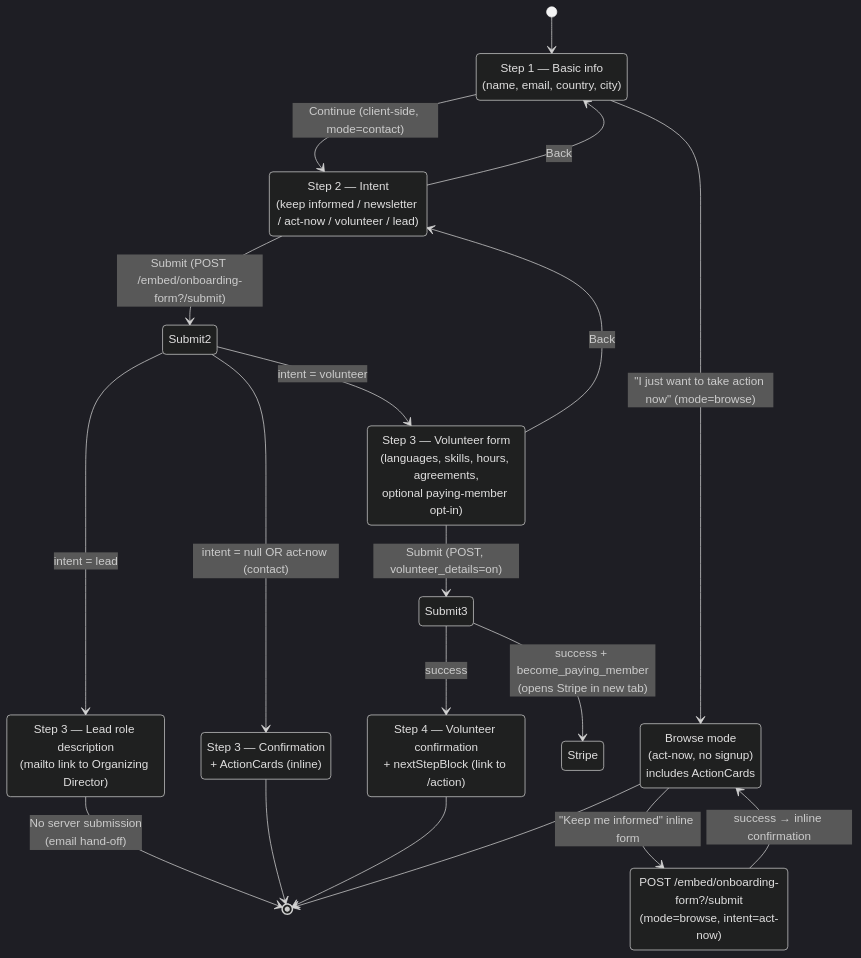
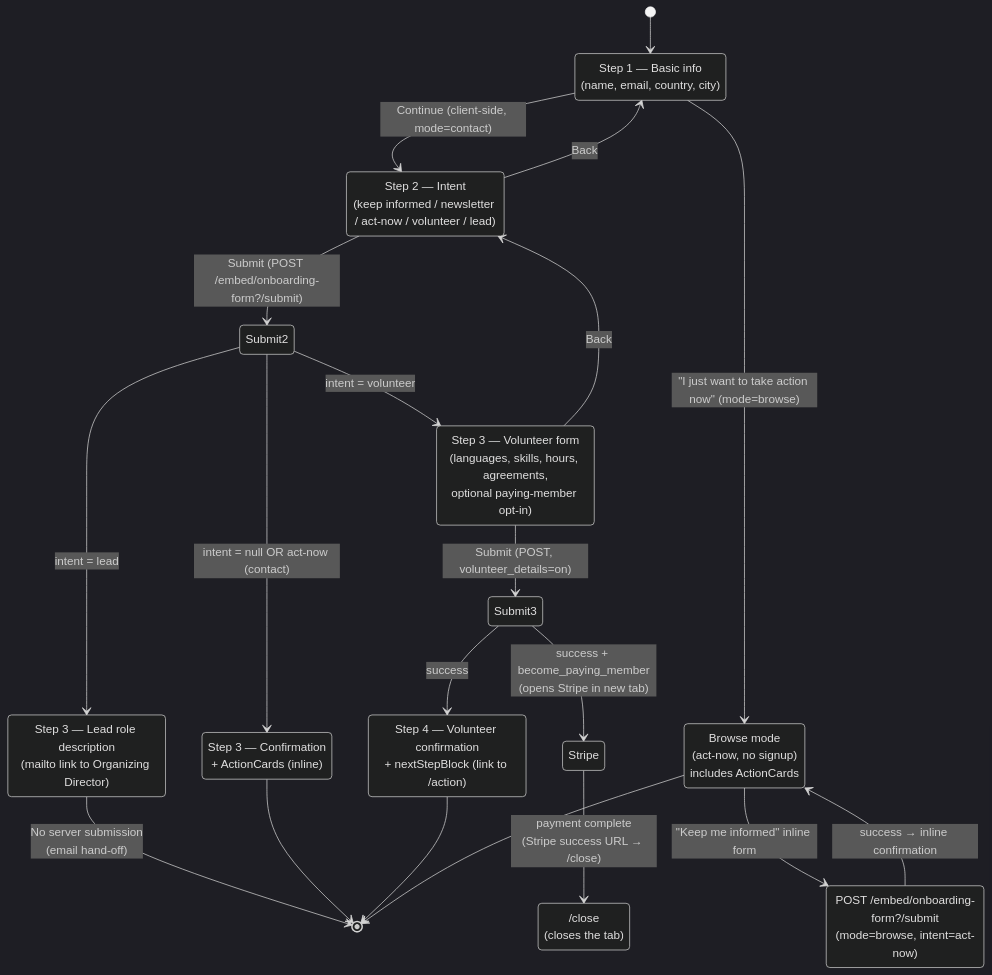
The second of 2 diagrams in docs/join-form-flow.md (PauseAI/pauseai-website), drawn with Mermaid (dark theme) before and after one commit. The commit also changed other lines of this file, not shown here.

Commit message:
Add Stripe and /close to the state diagram and submission flowchart

````diff
--- a/docs/join-form-flow.md
+++ b/docs/join-form-flow.md
@@ -153,34 +155,36 @@
 ```mermaid
 stateDiagram-v2
     [*] --> Step1
     Step1: Step 1 — Basic info<br/>(name, email, country, city)
     Step1 --> Step2: Continue (client-side, mode=contact)
     Step1 --> Browse: "I just want to take action now" (mode=browse)
     Browse: Browse mode<br/>(act-now, no signup)<br/>includes ActionCards
 
     Step2: Step 2 — Intent<br/>(keep informed / newsletter / act-now / volunteer / lead)
     Step2 --> Step1: Back
     Step2 --> Submit2: Submit (POST /embed/onboarding-form?/submit)
     Submit2 --> Step3Confirm: intent = null OR act-now (contact)
     Submit2 --> Step3Volunteer: intent = volunteer
     Submit2 --> Step3Lead: intent = lead
 
     Browse --> BrowseSignup: "Keep me informed" inline form
     BrowseSignup: POST /embed/onboarding-form?/submit<br/>(mode=browse, intent=act-now)
     BrowseSignup --> Browse: success → inline confirmation
 
     Step3Volunteer: Step 3 — Volunteer form<br/>(languages, skills, hours, agreements,<br/>optional paying-member opt-in)
     Step3Volunteer --> Step2: Back
     Step3Volunteer --> Submit3: Submit (POST, volunteer_details=on)
     Submit3 --> Stripe: success + become_paying_member<br/>(opens Stripe in new tab)
+    Stripe --> Close: payment complete<br/>(Stripe success URL → /close)
+    Close: /close<br/>(closes the tab)
     Submit3 --> Step4: success
 
     Step3Lead: Step 3 — Lead role description<br/>(mailto link to Organizing Director)
     Step3Lead --> [*]: No server submission<br/>(email hand-off)
 
     Step3Confirm: Step 3 — Confirmation<br/>+ ActionCards (inline)
     Step4: Step 4 — Volunteer confirmation<br/>+ nextStepBlock (link to /action)
     Step3Confirm --> [*]
     Step4 --> [*]
     Browse --> [*]
 ```
````
